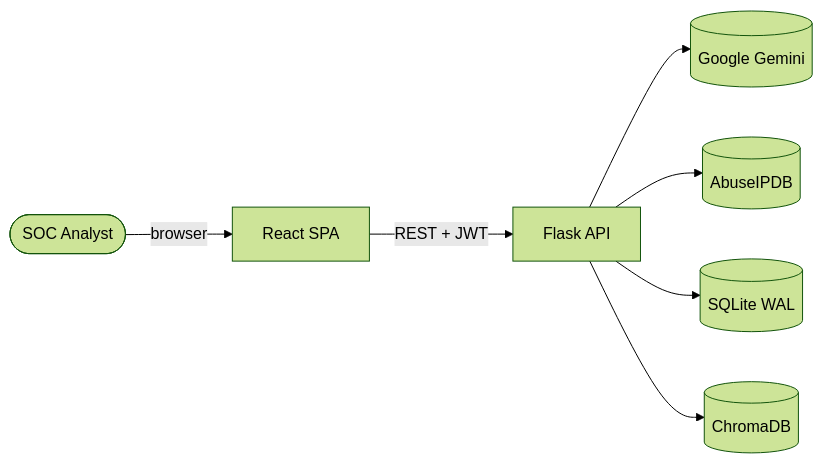
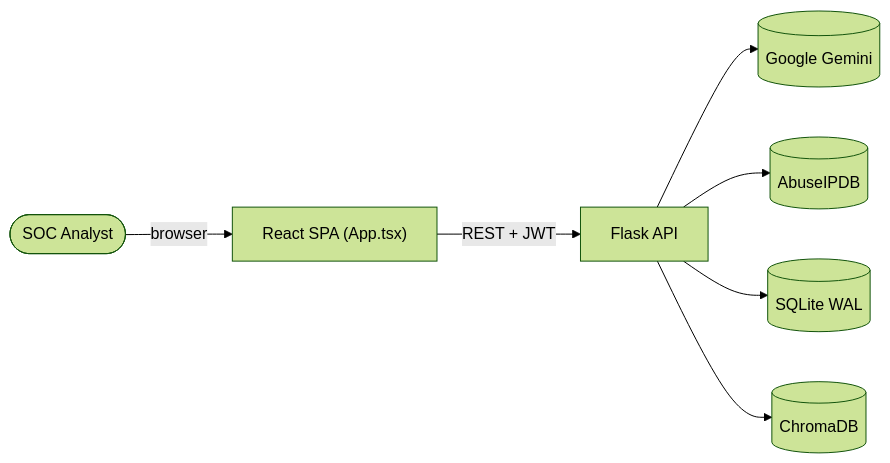
One commit to Hemanth19i/SecureRAG changed the first of 9 diagrams in docs/ARCHITECTURE_DIAGRAMS.md. Above: the diagram before and after it, drawn with Mermaid (forest theme). The commit also changed other lines of this file and 13 other files, not shown here.

````diff
--- a/docs/ARCHITECTURE_DIAGRAMS.md
+++ b/docs/ARCHITECTURE_DIAGRAMS.md
@@ -10,9 +10,9 @@
 ```mermaid
 flowchart LR
-  analyst([SOC Analyst]) -->|browser| SPA[React SPA]
+  analyst([SOC Analyst]) -->|browser| SPA["React SPA (App.tsx)"]
   SPA -->|REST + JWT| API[Flask API]
   API --> GEM[(Google Gemini)]
   API --> ABDB[(AbuseIPDB)]
   API --> SQL[(SQLite WAL)]
   API --> CHR[(ChromaDB)]
 ```
````
